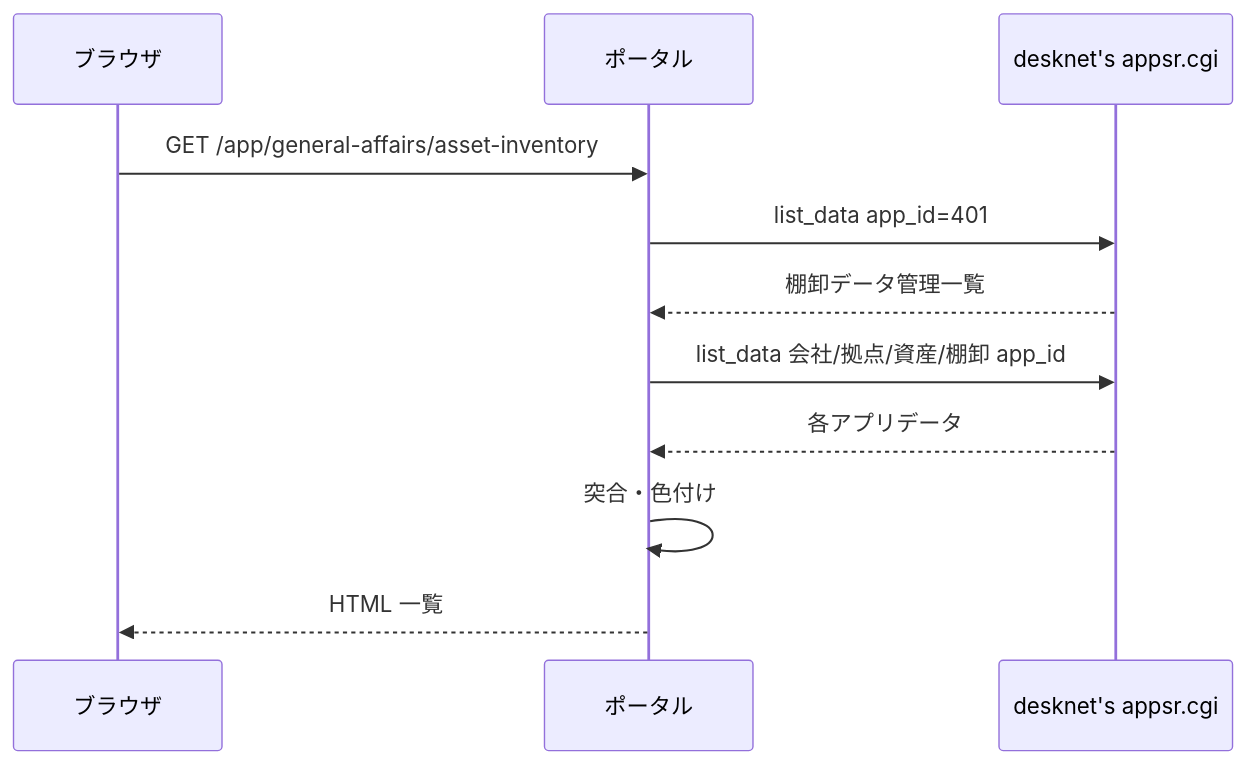
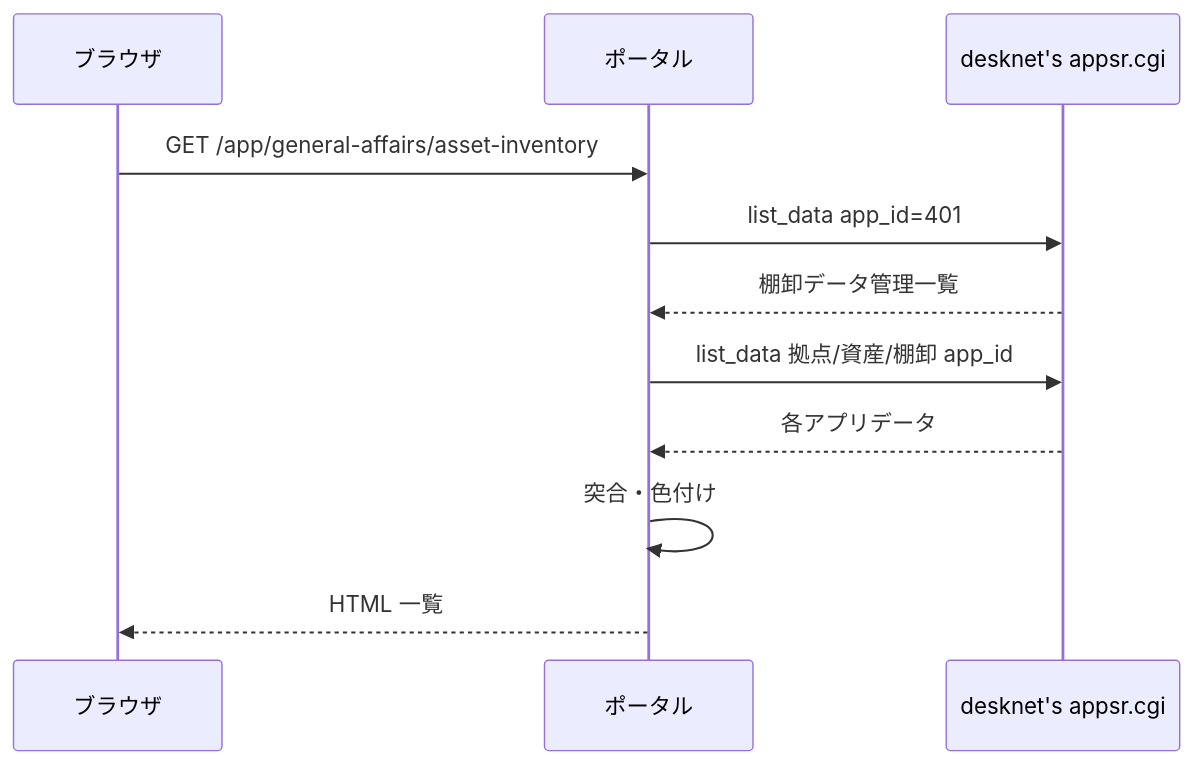
One commit to YoshinoriHashizume/WorkSupportPortal_Claude changed the diagram in src/application/asset_inventory/docs/資産棚卸結果_機能仕様書.md. Above: the diagram before and after it, drawn with Mermaid. The commit also changed other lines of this file and 182 other files, not shown here.

````diff
--- a/src/application/asset_inventory/docs/資産棚卸結果_機能仕様書.md
+++ b/src/application/asset_inventory/docs/資産棚卸結果_機能仕様書.md
@@ -397,14 +451,14 @@
 ```mermaid
 sequenceDiagram
   participant U as ブラウザ
   participant P as ポータル
   participant D as desknet's appsr.cgi
 
   U->>P: GET /app/general-affairs/asset-inventory
   P->>D: list_data app_id=401
   D-->>P: 棚卸データ管理一覧
-  P->>D: list_data 会社/拠点/資産/棚卸 app_id
+  P->>D: list_data 拠点/資産/棚卸 app_id
   D-->>P: 各アプリデータ
   P->>P: 突合・色付け
   P-->>U: HTML 一覧
 ```
````
